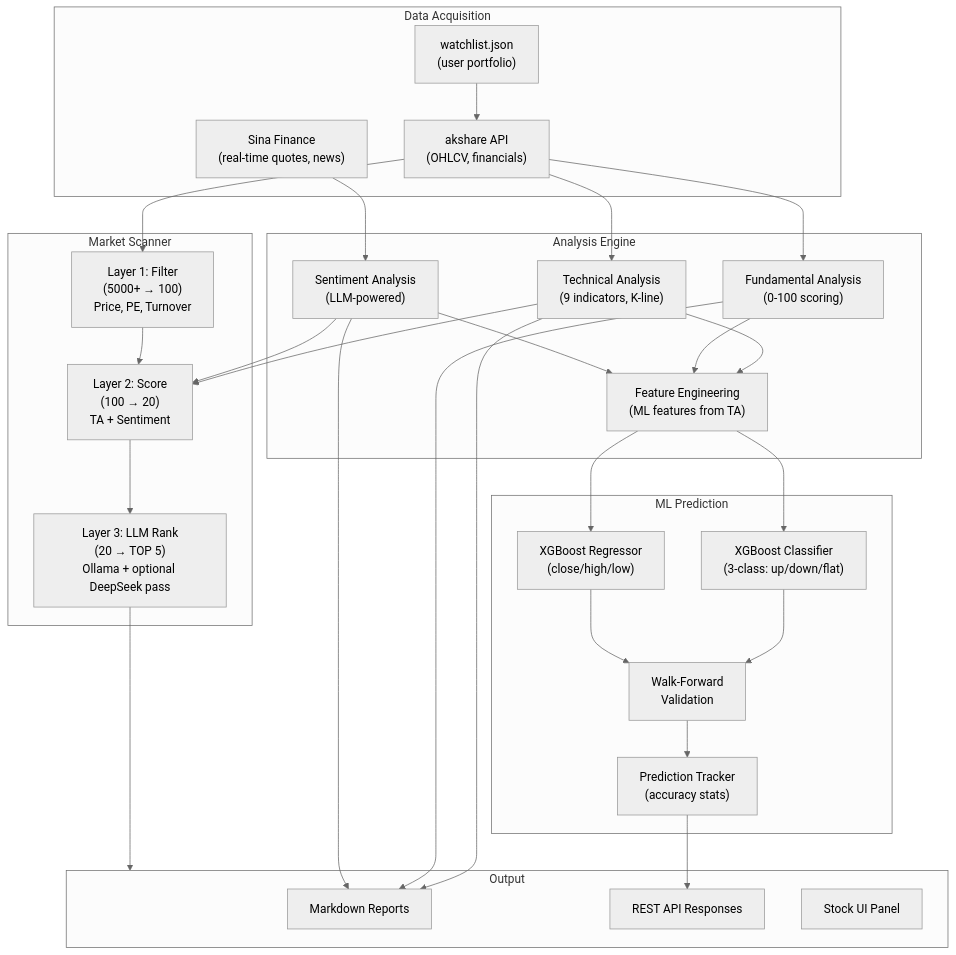
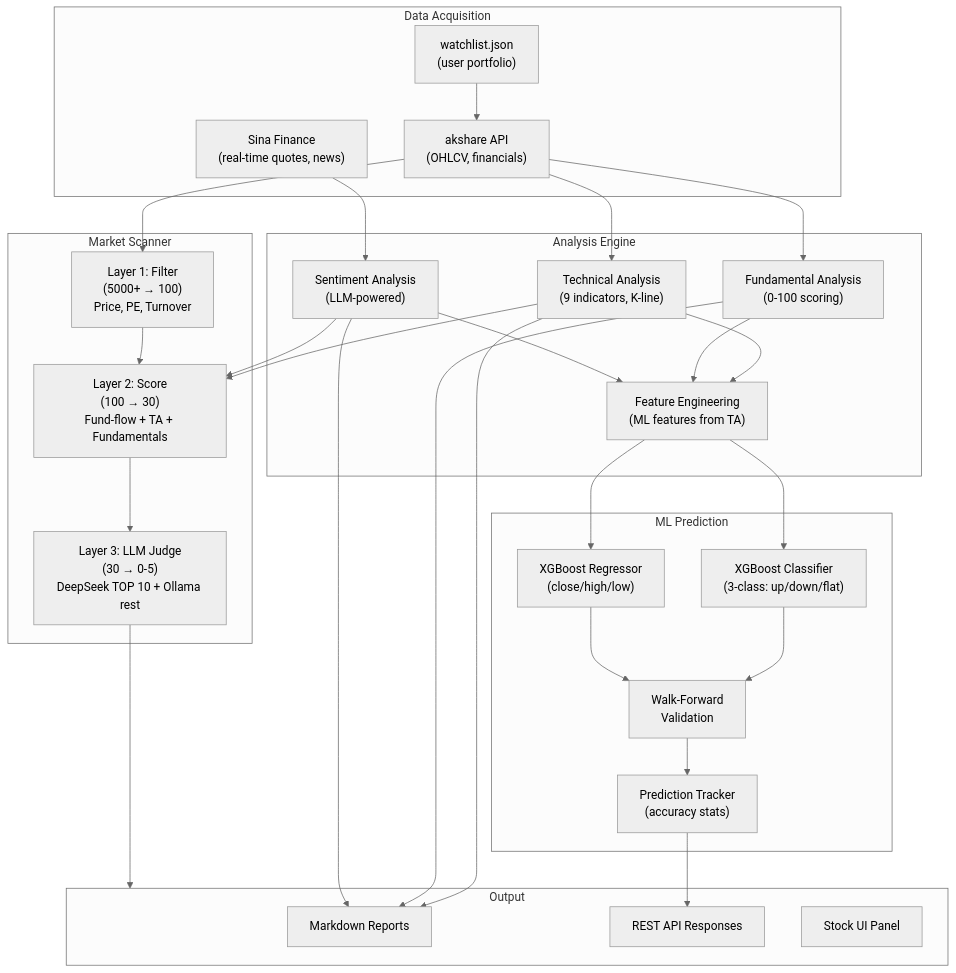
Before and after one commit to medavisyin/jarvis-yin: the sixth of 10 diagrams in docs/design/architecture.md, drawn with Mermaid (neutral theme). The commit also changed other lines of this file and 12 other files, not shown here.

````diff
--- a/docs/design/architecture.md
+++ b/docs/design/architecture.md
@@ -326,60 +326,60 @@
 ```mermaid
 flowchart TB
     subgraph DataLayer["Data Acquisition"]
         AKShare["akshare API<br/>(OHLCV, financials)"]
         Sina["Sina Finance<br/>(real-time quotes, news)"]
         Watchlist["watchlist.json<br/>(user portfolio)"]
     end
 
     subgraph AnalysisLayer["Analysis Engine"]
         TA["Technical Analysis<br/>(9 indicators, K-line)"]
         FA["Fundamental Analysis<br/>(0-100 scoring)"]
         Sent["Sentiment Analysis<br/>(LLM-powered)"]
         Features["Feature Engineering<br/>(ML features from TA)"]
     end
 
     subgraph MLLayer["ML Prediction"]
         XGB_Class["XGBoost Classifier<br/>(3-class: up/down/flat)"]
         XGB_Price["XGBoost Regressor<br/>(close/high/low)"]
         WalkForward["Walk-Forward<br/>Validation"]
         Tracker["Prediction Tracker<br/>(accuracy stats)"]
     end
 
     subgraph ScannerLayer["Market Scanner"]
         L1["Layer 1: Filter<br/>(5000+ → 100)<br/>Price, PE, Turnover"]
-        L2["Layer 2: Score<br/>(100 → 20)<br/>TA + Sentiment"]
-        L3["Layer 3: LLM Rank<br/>(20 → TOP 5)<br/>Ollama + optional DeepSeek pass"]
+        L2["Layer 2: Score<br/>(100 → 30)<br/>Fund-flow + TA + Fundamentals"]
+        L3["Layer 3: LLM Judge<br/>(30 → 0-5)<br/>DeepSeek TOP 10 + Ollama rest"]
     end
 
     subgraph OutputLayer["Output"]
         Reports["Markdown Reports"]
         APIResp["REST API Responses"]
         UIStock["Stock UI Panel"]
     end
 
     AKShare --> TA
     AKShare --> FA
     Sina --> Sent
     Watchlist --> AKShare
 
     TA --> Features
     FA --> Features
     Sent --> Features
     Features --> XGB_Class
     Features --> XGB_Price
     XGB_Class --> WalkForward
     XGB_Price --> WalkForward
     WalkForward --> Tracker
 
     AKShare --> L1
     L1 --> L2
     TA --> L2
     Sent --> L2
     L2 --> L3
     L3 --> OutputLayer
 
     TA --> Reports
     FA --> Reports
     Sent --> Reports
     Tracker --> APIResp
 ```
````
